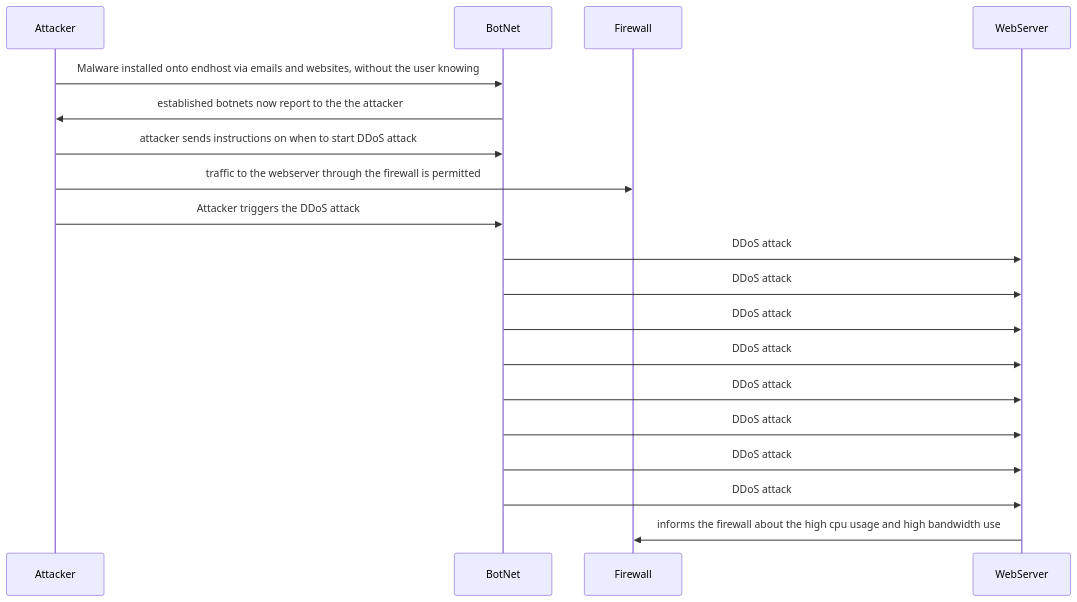
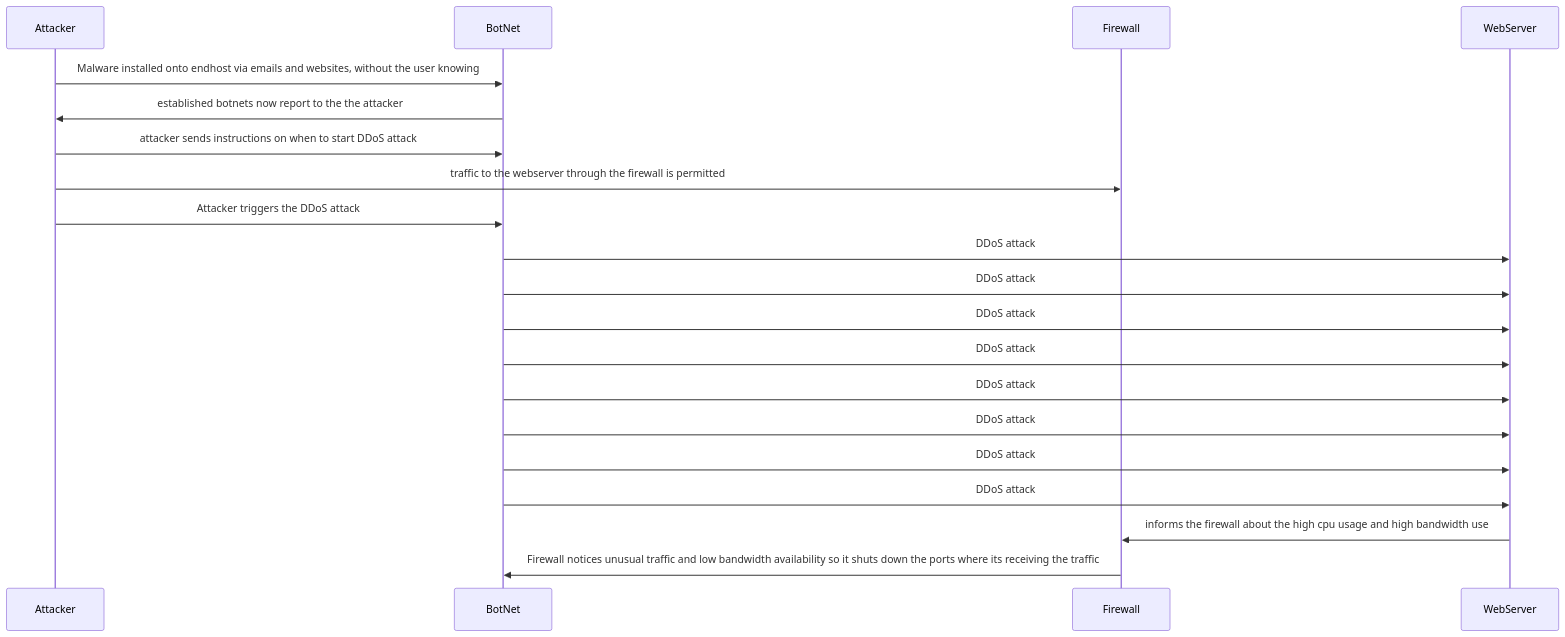
One commit to lmiddleton300/-DDoS_Attack_Sequence.md changed the diagram in DDoS_Attack_Sequence.md. Above: the diagram before and after it, drawn with Mermaid.

````diff
--- a/DDoS_Attack_Sequence.md
+++ b/DDoS_Attack_Sequence.md
@@ -2,22 +2,23 @@
 ```mermaid
 sequenceDiagram
  participant Attacker
  participant BotNet
  participant Firewall
  participant WebServer
  
  Attacker->>BotNet: Malware installed onto endhost via emails and websites, without the user knowing
 BotNet->>Attacker: established botnets now report to the the attacker
 Attacker->>BotNet: attacker sends instructions on when to start DDoS attack
 Attacker->>Firewall: traffic to the webserver through the firewall is permitted
 Attacker->>BotNet: Attacker triggers the DDoS attack
 BotNet->>WebServer: DDoS attack
 BotNet->>WebServer: DDoS attack
 BotNet->>WebServer: DDoS attack
 BotNet->>WebServer: DDoS attack
 BotNet->>WebServer: DDoS attack
 BotNet->>WebServer: DDoS attack
 BotNet->>WebServer: DDoS attack
 BotNet->>WebServer: DDoS attack
 WebServer->>Firewall: informs the firewall about the high cpu usage and high bandwidth use
+Firewall->>BotNet: Firewall notices unusual traffic and low bandwidth availability so it shuts down the ports where its receiving the traffic
 ```
````
